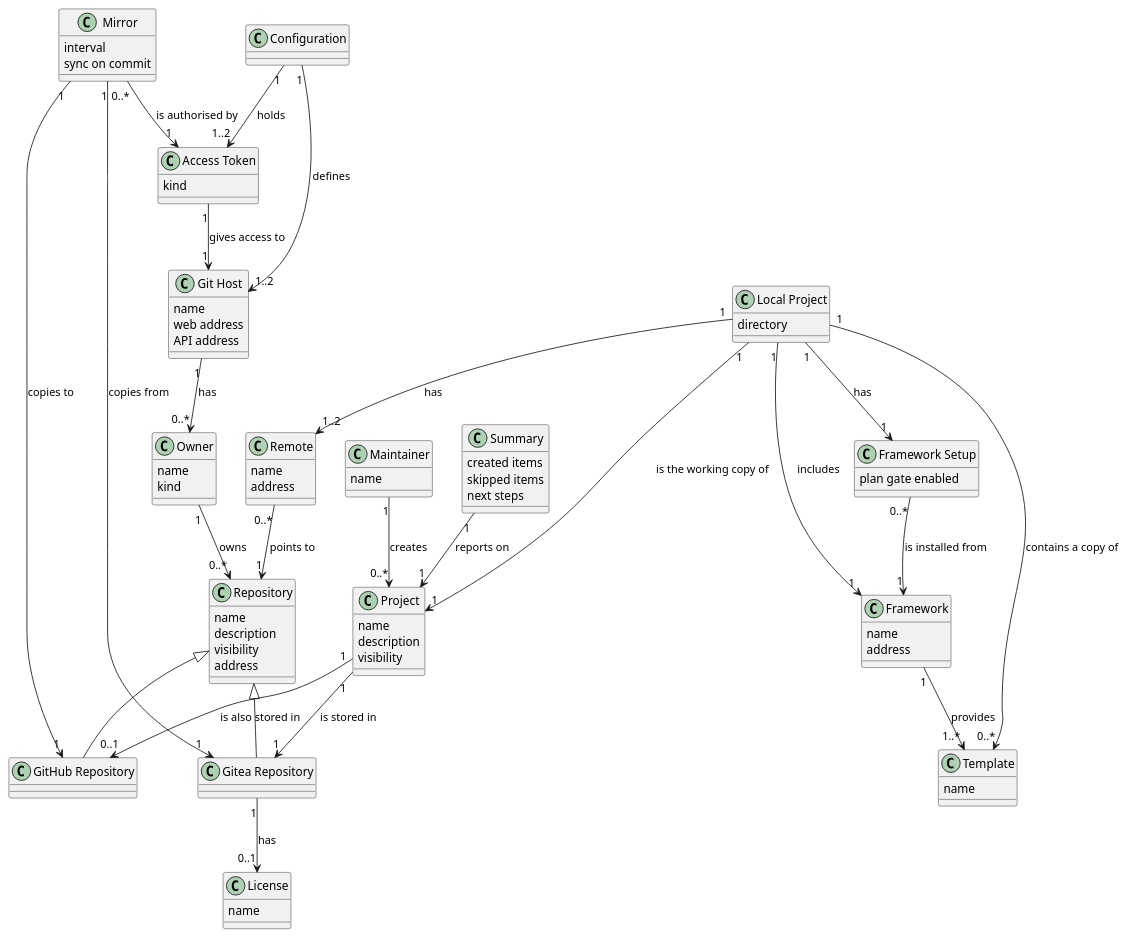
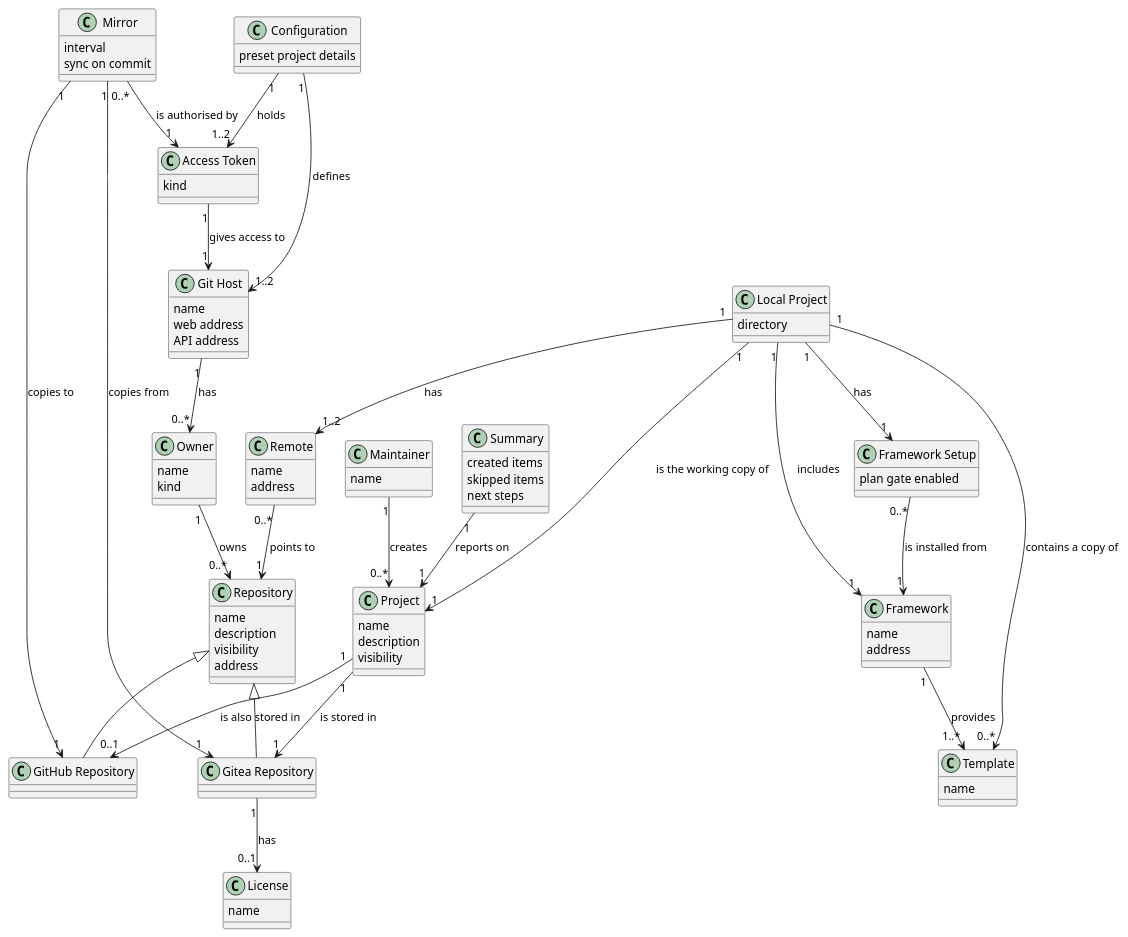
One commit to TirSystem-BashScript/RepoFoundry changed the diagram in docs/domain-model.md. Above: the diagram before and after it, drawn with PlantUML. The commit also changed other lines of this file and 12 other files, not shown here.

First line of the commit message:
Plan MIL-004: project details preset in config.env

```diff
--- a/docs/domain-model.md
+++ b/docs/domain-model.md
@@ -31,7 +32,9 @@
   description
   visibility
 }
-class Configuration
+class Configuration {
+  preset project details
+}
 class "Git Host" as GitHost {
   name
   web address
```
